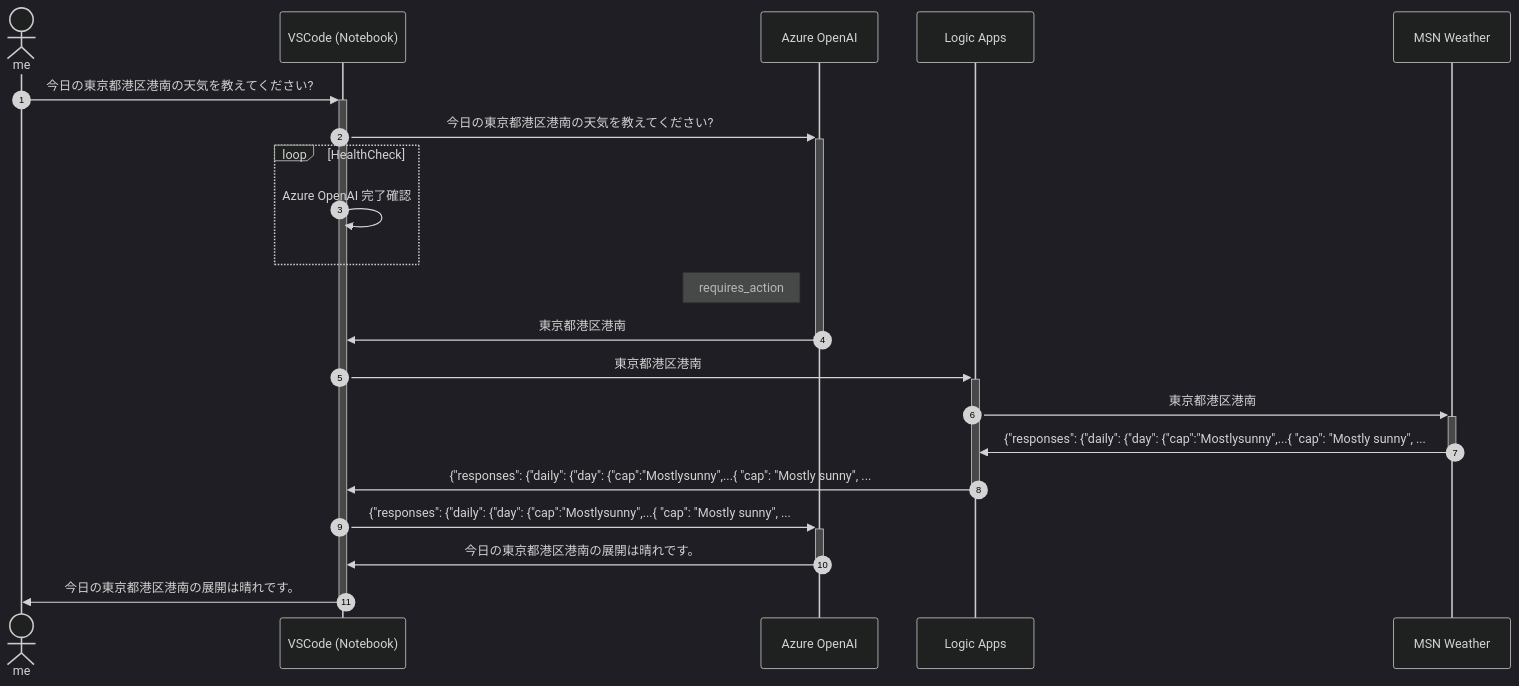
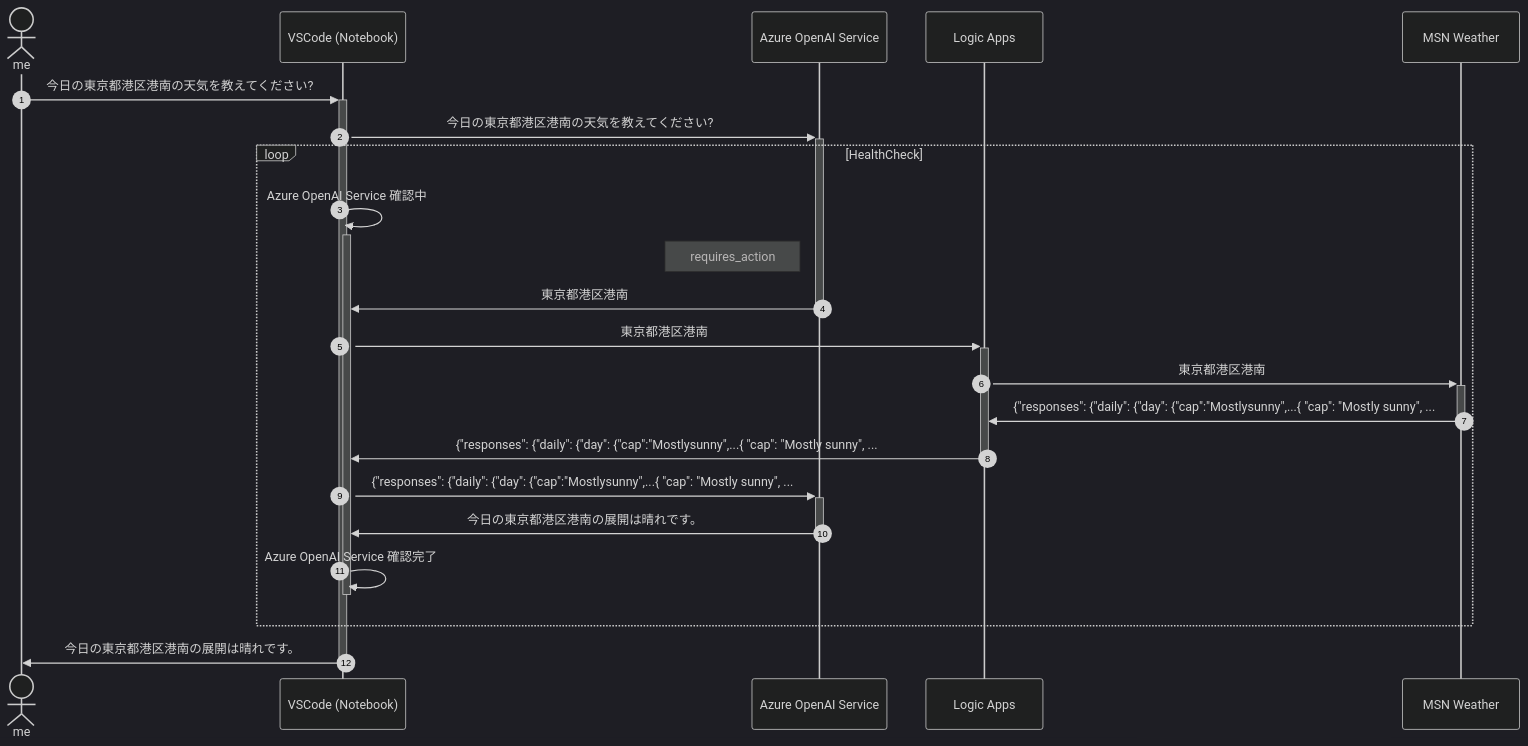
The diagram in docs/logic-apps.markdown (tsukashusan/assistants-api-sample-using-python), drawn with Mermaid (dark theme) before and after one commit. The commit also changed other lines of this file, not shown here.

````diff
--- a/docs/logic-apps.markdown
+++ b/docs/logic-apps.markdown
@@ -6,24 +17,26 @@
 ```mermaid
 sequenceDiagram
     autonumber
     actor me
     participant VSCode (Notebook)
-    participant Azure OpenAI
+    participant Azure OpenAI Service
     participant Logic Apps
     participant MSN Weather
     
     me ->> +VSCode (Notebook):  今日の東京都港区港南の天気を教えてください?
-    VSCode (Notebook)->> +Azure OpenAI: 今日の東京都港区港南の天気を教えてください?
+    VSCode (Notebook)->> +Azure OpenAI Service: 今日の東京都港区港南の天気を教えてください?
     loop HealthCheck
-        VSCode (Notebook)->>VSCode (Notebook): Azure OpenAI 完了確認
+        VSCode (Notebook)->>+VSCode (Notebook): Azure OpenAI Service 確認中
+    
+        Note left of Azure OpenAI Service: requires_action 
+        Azure OpenAI Service->> -VSCode (Notebook): 東京都港区港南
+        VSCode (Notebook)->>+Logic Apps: 東京都港区港南
+        Logic Apps->>+MSN Weather: 東京都港区港南
+        MSN Weather->>-Logic Apps: {"responses": {"daily": {"day":      {"cap":"Mostlysunny",...{        "cap": "Mostly sunny",   ...
+        Logic Apps->>-VSCode (Notebook): {"responses": {"daily": {"day":      {"cap":"Mostlysunny",...{        "cap": "Mostly sunny",   ... 
+        VSCode (Notebook)->>+Azure OpenAI Service: {"responses": {"daily": {"day":      {"cap":"Mostlysunny",...{        "cap": "Mostly sunny",   ...
+        Azure OpenAI Service->>-VSCode (Notebook): 今日の東京都港区港南の展開は晴れです。 
+        VSCode (Notebook)->>-VSCode (Notebook): Azure OpenAI Service 確認完了
     end
-    Note left of Azure OpenAI: requires_action 
-    Azure OpenAI->> -VSCode (Notebook): 東京都港区港南
-    VSCode (Notebook)->>+Logic Apps: 東京都港区港南
-    Logic Apps->>+MSN Weather: 東京都港区港南
-    MSN Weather->>-Logic Apps: {"responses": {"daily": {"day": {"cap":"Mostlysunny",...{        "cap": "Mostly sunny",   ...
-    Logic Apps->>-VSCode (Notebook): {"responses": {"daily": {"day": {"cap":"Mostlysunny",...{        "cap": "Mostly sunny",   ... 
-    VSCode (Notebook)->>+Azure OpenAI: {"responses": {"daily": {"day": {"cap":"Mostlysunny",...{        "cap": "Mostly sunny",   ...
-    Azure OpenAI->>-VSCode (Notebook): 今日の東京都港区港南の展開は晴れです。 
     VSCode (Notebook)->>-me: 今日の東京都港区港南の展開は晴れです。
 ```
````
